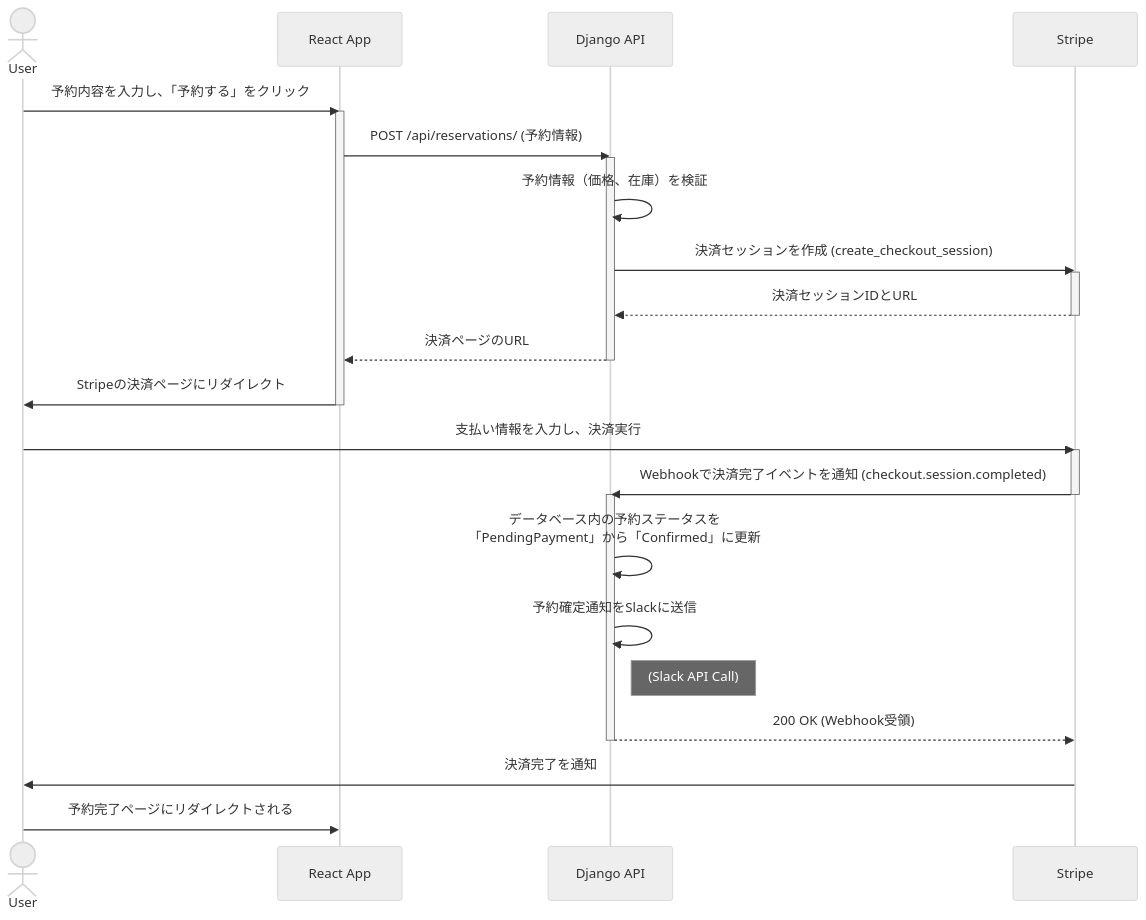
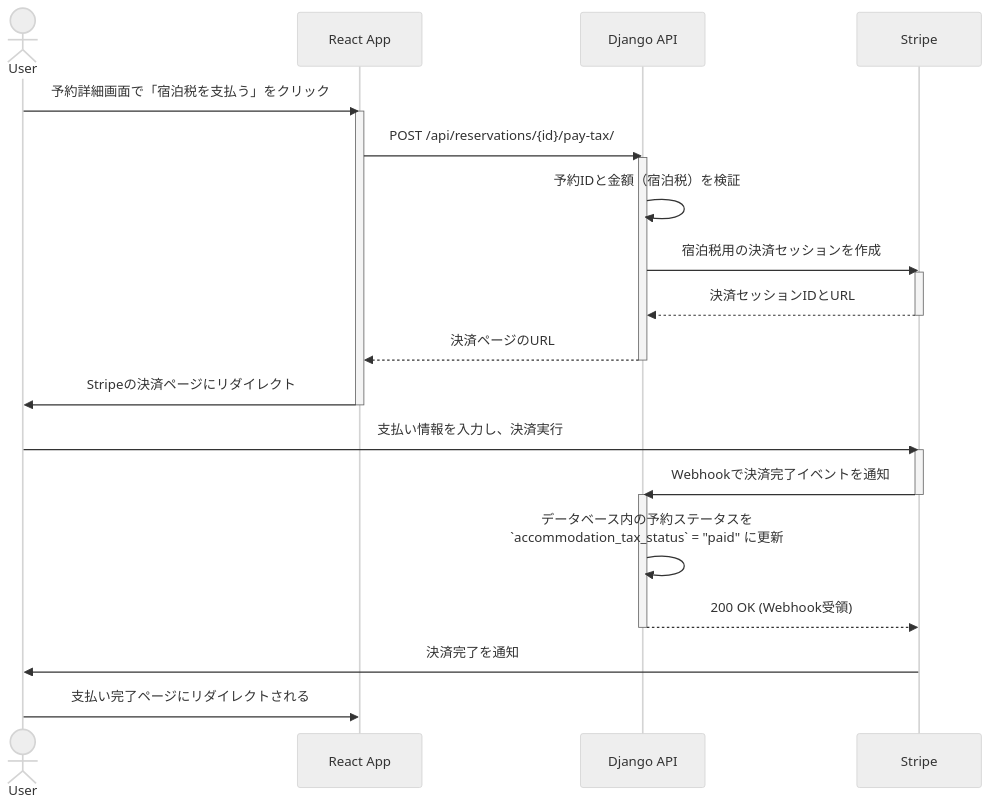
One commit to wisteria0793/scorpion changed the second of 3 diagrams in docs/sequence_diagrams.md. Above: the diagram before and after it, drawn with Mermaid (neutral theme). The commit also changed other lines of this file and 5 other files, not shown here.

Commit message:
change diagrams

````diff
--- a/docs/sequence_diagrams.md
+++ b/docs/sequence_diagrams.md
@@ -9,41 +41,39 @@
 ```mermaid
 sequenceDiagram
     actor User
     participant Frontend as React App
     participant Backend as Django API
     participant Stripe
 
-    User->>Frontend: 予約内容を入力し、「予約する」をクリック
+    User->>Frontend: 予約詳細画面で「宿泊税を支払う」をクリック
     activate Frontend
 
-    Frontend->>Backend: POST /api/reservations/ (予約情報)
+    Frontend->>Backend: POST /api/reservations/{id}/pay-tax/
     activate Backend
 
-    Backend->>Backend: 予約情報（価格、在庫）を検証
-    Backend->>Stripe: 決済セッションを作成 (create_checkout_session)
+    Backend->>Backend: 予約IDと金額（宿泊税）を検証
+    Backend->>Stripe: 宿泊税用の決済セッションを作成
     activate Stripe
     Stripe-->>Backend: 決済セッションIDとURL
     deactivate Stripe
 
     Backend-->>Frontend: 決済ページのURL
     deactivate Backend
 
     Frontend->>User: Stripeの決済ページにリダイレクト
     deactivate Frontend
 
     User->>Stripe: 支払い情報を入力し、決済実行
     activate Stripe
 
-    Stripe->>Backend: Webhookで決済完了イベントを通知 (checkout.session.completed)
+    Stripe->>Backend: Webhookで決済完了イベントを通知
     deactivate Stripe
     activate Backend
 
-    Backend->>Backend: データベース内の予約ステータスを<br>「PendingPayment」から「Confirmed」に更新
-    Backend->>Backend: 予約確定通知をSlackに送信
-    note right of Backend: (Slack API Call)
+    Backend->>Backend: データベース内の予約ステータスを<br>`accommodation_tax_status` = "paid" に更新
     Backend-->>Stripe: 200 OK (Webhook受領)
     deactivate Backend
 
     Stripe->>User: 決済完了を通知
-    User->>Frontend: 予約完了ページにリダイレクトされる
+    User->>Frontend: 支払い完了ページにリダイレクトされる
 ```
````
